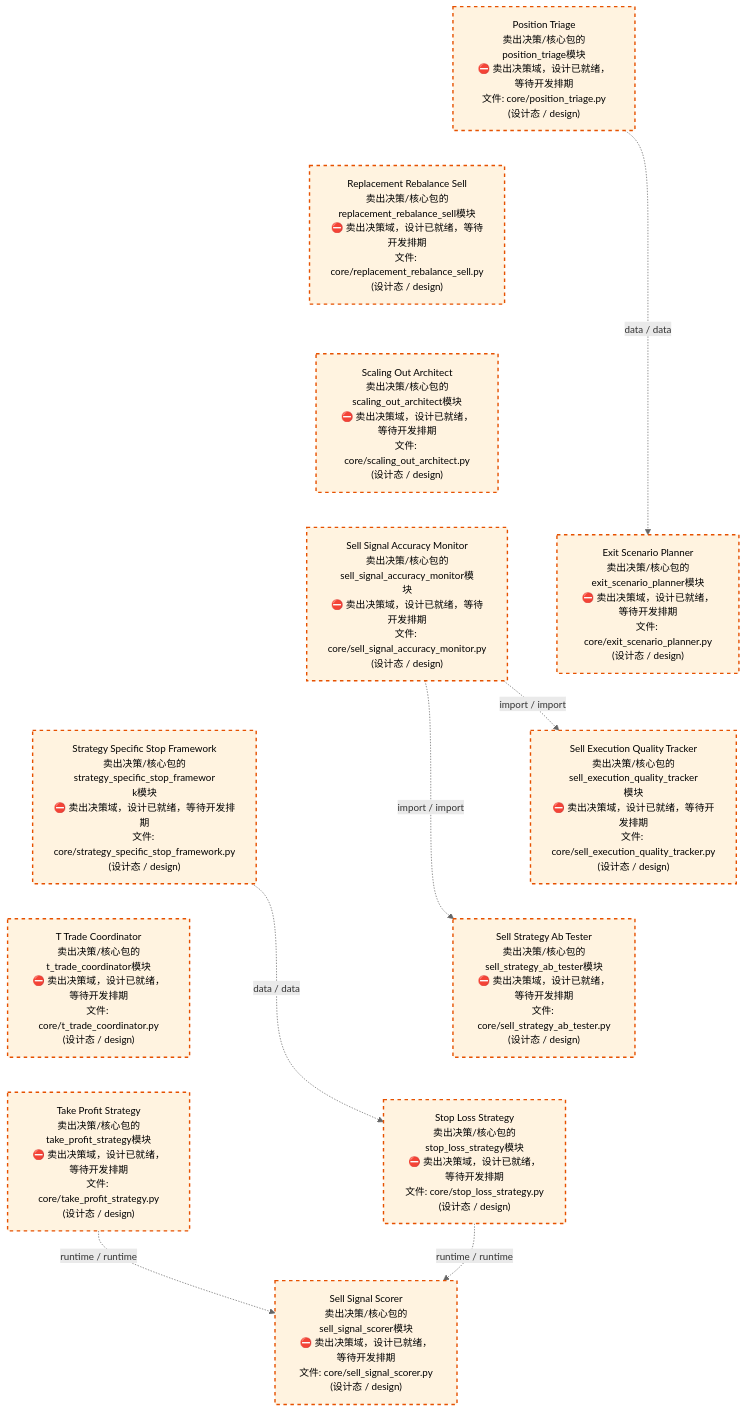
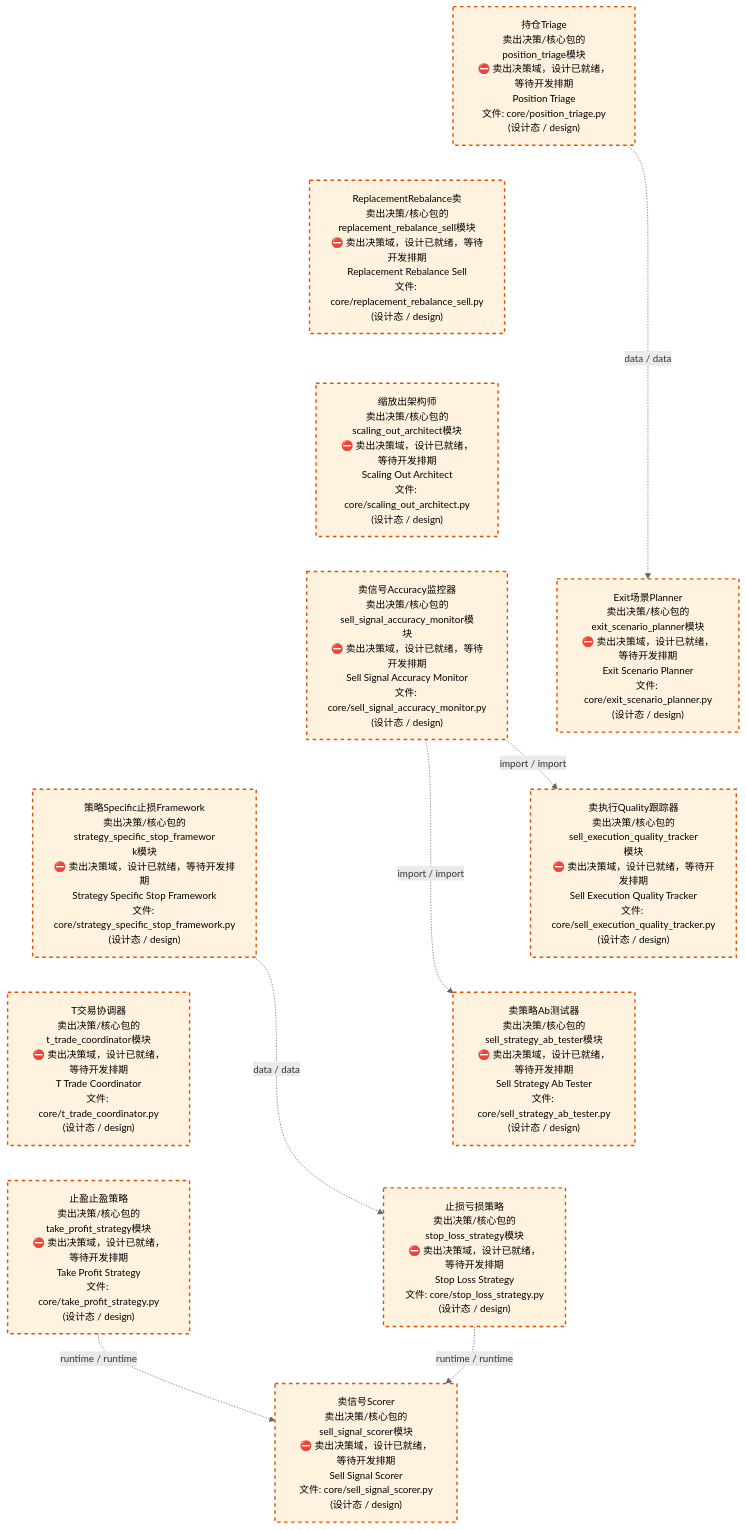
Before and after one commit to xuanFelixVan/ZephyrAlpha: the third of 4 diagrams in docs/02_enterprise_architecture/02_domain_architecture_docs/67_d_sell_decision.md, drawn with Mermaid. The commit also changed other lines of this file and 52 other files, not shown here.

````diff
--- a/docs/02_enterprise_architecture/02_domain_architecture_docs/67_d_sell_decision.md
+++ b/docs/02_enterprise_architecture/02_domain_architecture_docs/67_d_sell_decision.md
@@ -194,36 +194,36 @@
 ```mermaid
 %%{init: {'theme': 'base', 'themeVariables': {'primaryColor': '#eaeaea', 'primaryTextColor': '#333333', 'primaryBorderColor': '#666666', 'lineColor': '#666666', 'secondaryColor': '#eaeaea', 'tertiaryColor': '#eaeaea', 'fontSize': '14px'}}}%%
 flowchart TD
-    src_zephyr_sell_decision_core_position_triage_py["Position Triage<br/>卖出决策/核心包的position_triage模块<br/>⛔ 卖出决策域，设计已就绪，等待开发排期<br/>文件: core/position_triage.py<br/>(设计态 / design)"]
-    src_zephyr_sell_decision_core_replacement_rebalance_sell_py["Replacement Rebalance Sell<br/>卖出决策/核心包的replacement_rebalance_sell模块<br/>⛔ 卖出决策域，设计已就绪，等待开发排期<br/>文件: core/replacement_rebalance_sell.py<br/>(设计态 / design)"]
-    src_zephyr_sell_decision_core_scaling_out_architect_py["Scaling Out Architect<br/>卖出决策/核心包的scaling_out_architect模块<br/>⛔ 卖出决策域，设计已就绪，等待开发排期<br/>文件: core/scaling_out_architect.py<br/>(设计态 / design)"]
-    src_zephyr_sell_decision_core_sell_signal_accuracy_monitor_py["Sell Signal Accuracy Monitor<br/>卖出决策/核心包的sell_signal_accuracy_monitor模<br/>块<br/>⛔ 卖出决策域，设计已就绪，等待开发排期<br/>文件: core/sell_signal_accuracy_monitor.py<br/>(设计态 / design)"]
-    src_zephyr_sell_decision_core_strategy_specific_stop_framework_py["Strategy Specific Stop Framework<br/>卖出决策/核心包的strategy_specific_stop_framewor<br/>k模块<br/>⛔ 卖出决策域，设计已就绪，等待开发排期<br/>文件: core/strategy_specific_stop_framework.py<br/>(设计态 / design)"]
-    src_zephyr_sell_decision_core_t_trade_coordinator_py["T Trade Coordinator<br/>卖出决策/核心包的t_trade_coordinator模块<br/>⛔ 卖出决策域，设计已就绪，等待开发排期<br/>文件: core/t_trade_coordinator.py<br/>(设计态 / design)"]
-    src_zephyr_sell_decision_core_take_profit_strategy_py["Take Profit Strategy<br/>卖出决策/核心包的take_profit_strategy模块<br/>⛔ 卖出决策域，设计已就绪，等待开发排期<br/>文件: core/take_profit_strategy.py<br/>(设计态 / design)"]
+    src_zephyr_sell_decision_core_position_triage_py["持仓Triage<br/>卖出决策/核心包的position_triage模块<br/>⛔ 卖出决策域，设计已就绪，等待开发排期<br/>Position Triage<br/>文件: core/position_triage.py<br/>(设计态 / design)"]
+    src_zephyr_sell_decision_core_replacement_rebalance_sell_py["ReplacementRebalance卖<br/>卖出决策/核心包的replacement_rebalance_sell模块<br/>⛔ 卖出决策域，设计已就绪，等待开发排期<br/>Replacement Rebalance Sell<br/>文件: core/replacement_rebalance_sell.py<br/>(设计态 / design)"]
+    src_zephyr_sell_decision_core_scaling_out_architect_py["缩放出架构师<br/>卖出决策/核心包的scaling_out_architect模块<br/>⛔ 卖出决策域，设计已就绪，等待开发排期<br/>Scaling Out Architect<br/>文件: core/scaling_out_architect.py<br/>(设计态 / design)"]
+    src_zephyr_sell_decision_core_sell_signal_accuracy_monitor_py["卖信号Accuracy监控器<br/>卖出决策/核心包的sell_signal_accuracy_monitor模<br/>块<br/>⛔ 卖出决策域，设计已就绪，等待开发排期<br/>Sell Signal Accuracy Monitor<br/>文件: core/sell_signal_accuracy_monitor.py<br/>(设计态 / design)"]
+    src_zephyr_sell_decision_core_strategy_specific_stop_framework_py["策略Specific止损Framework<br/>卖出决策/核心包的strategy_specific_stop_framewor<br/>k模块<br/>⛔ 卖出决策域，设计已就绪，等待开发排期<br/>Strategy Specific Stop Framework<br/>文件: core/strategy_specific_stop_framework.py<br/>(设计态 / design)"]
+    src_zephyr_sell_decision_core_t_trade_coordinator_py["T交易协调器<br/>卖出决策/核心包的t_trade_coordinator模块<br/>⛔ 卖出决策域，设计已就绪，等待开发排期<br/>T Trade Coordinator<br/>文件: core/t_trade_coordinator.py<br/>(设计态 / design)"]
+    src_zephyr_sell_decision_core_take_profit_strategy_py["止盈止盈策略<br/>卖出决策/核心包的take_profit_strategy模块<br/>⛔ 卖出决策域，设计已就绪，等待开发排期<br/>Take Profit Strategy<br/>文件: core/take_profit_strategy.py<br/>(设计态 / design)"]
     src_zephyr_sell_decision_core_position_triage_py ~~~ src_zephyr_sell_decision_core_replacement_rebalance_sell_py
     src_zephyr_sell_decision_core_replacement_rebalance_sell_py ~~~ src_zephyr_sell_decision_core_scaling_out_architect_py
     src_zephyr_sell_decision_core_scaling_out_architect_py ~~~ src_zephyr_sell_decision_core_sell_signal_accuracy_monitor_py
     src_zephyr_sell_decision_core_sell_signal_accuracy_monitor_py ~~~ src_zephyr_sell_decision_core_strategy_specific_stop_framework_py
     src_zephyr_sell_decision_core_strategy_specific_stop_framework_py ~~~ src_zephyr_sell_decision_core_t_trade_coordinator_py
     src_zephyr_sell_decision_core_t_trade_coordinator_py ~~~ src_zephyr_sell_decision_core_take_profit_strategy_py
-    src_zephyr_sell_decision_core_exit_scenario_planner_py["Exit Scenario Planner<br/>卖出决策/核心包的exit_scenario_planner模块<br/>⛔ 卖出决策域，设计已就绪，等待开发排期<br/>文件: core/exit_scenario_planner.py<br/>(设计态 / design)"]
-    src_zephyr_sell_decision_core_sell_execution_quality_tracker_py["Sell Execution Quality Tracker<br/>卖出决策/核心包的sell_execution_quality_tracker<br/>模块<br/>⛔ 卖出决策域，设计已就绪，等待开发排期<br/>文件: core/sell_execution_quality_tracker.py<br/>(设计态 / design)"]
-    src_zephyr_sell_decision_core_sell_strategy_ab_tester_py["Sell Strategy Ab Tester<br/>卖出决策/核心包的sell_strategy_ab_tester模块<br/>⛔ 卖出决策域，设计已就绪，等待开发排期<br/>文件: core/sell_strategy_ab_tester.py<br/>(设计态 / design)"]
-    src_zephyr_sell_decision_core_stop_loss_strategy_py["Stop Loss Strategy<br/>卖出决策/核心包的stop_loss_strategy模块<br/>⛔ 卖出决策域，设计已就绪，等待开发排期<br/>文件: core/stop_loss_strategy.py<br/>(设计态 / design)"]
+    src_zephyr_sell_decision_core_exit_scenario_planner_py["Exit场景Planner<br/>卖出决策/核心包的exit_scenario_planner模块<br/>⛔ 卖出决策域，设计已就绪，等待开发排期<br/>Exit Scenario Planner<br/>文件: core/exit_scenario_planner.py<br/>(设计态 / design)"]
+    src_zephyr_sell_decision_core_sell_execution_quality_tracker_py["卖执行Quality跟踪器<br/>卖出决策/核心包的sell_execution_quality_tracker<br/>模块<br/>⛔ 卖出决策域，设计已就绪，等待开发排期<br/>Sell Execution Quality Tracker<br/>文件: core/sell_execution_quality_tracker.py<br/>(设计态 / design)"]
+    src_zephyr_sell_decision_core_sell_strategy_ab_tester_py["卖策略Ab测试器<br/>卖出决策/核心包的sell_strategy_ab_tester模块<br/>⛔ 卖出决策域，设计已就绪，等待开发排期<br/>Sell Strategy Ab Tester<br/>文件: core/sell_strategy_ab_tester.py<br/>(设计态 / design)"]
+    src_zephyr_sell_decision_core_stop_loss_strategy_py["止损亏损策略<br/>卖出决策/核心包的stop_loss_strategy模块<br/>⛔ 卖出决策域，设计已就绪，等待开发排期<br/>Stop Loss Strategy<br/>文件: core/stop_loss_strategy.py<br/>(设计态 / design)"]
     src_zephyr_sell_decision_core_exit_scenario_planner_py ~~~ src_zephyr_sell_decision_core_sell_execution_quality_tracker_py
     src_zephyr_sell_decision_core_sell_execution_quality_tracker_py ~~~ src_zephyr_sell_decision_core_sell_strategy_ab_tester_py
     src_zephyr_sell_decision_core_sell_strategy_ab_tester_py ~~~ src_zephyr_sell_decision_core_stop_loss_strategy_py
-    src_zephyr_sell_decision_core_sell_signal_scorer_py["Sell Signal Scorer<br/>卖出决策/核心包的sell_signal_scorer模块<br/>⛔ 卖出决策域，设计已就绪，等待开发排期<br/>文件: core/sell_signal_scorer.py<br/>(设计态 / design)"]
+    src_zephyr_sell_decision_core_sell_signal_scorer_py["卖信号Scorer<br/>卖出决策/核心包的sell_signal_scorer模块<br/>⛔ 卖出决策域，设计已就绪，等待开发排期<br/>Sell Signal Scorer<br/>文件: core/sell_signal_scorer.py<br/>(设计态 / design)"]
     src_zephyr_sell_decision_core_position_triage_py -.->|data / data| src_zephyr_sell_decision_core_exit_scenario_planner_py
     src_zephyr_sell_decision_core_take_profit_strategy_py -.->|runtime / runtime| src_zephyr_sell_decision_core_sell_signal_scorer_py
     src_zephyr_sell_decision_core_stop_loss_strategy_py -.->|runtime / runtime| src_zephyr_sell_decision_core_sell_signal_scorer_py
     src_zephyr_sell_decision_core_strategy_specific_stop_framework_py -.->|data / data| src_zephyr_sell_decision_core_stop_loss_strategy_py
     src_zephyr_sell_decision_core_sell_signal_accuracy_monitor_py -.->|import / import| src_zephyr_sell_decision_core_sell_strategy_ab_tester_py
     src_zephyr_sell_decision_core_sell_signal_accuracy_monitor_py -.->|import / import| src_zephyr_sell_decision_core_sell_execution_quality_tracker_py
     classDef production fill:#e1f5fe,stroke:#01579b,stroke-width:2px,color:#000
     classDef design fill:#fff3e0,stroke:#e65100,stroke-width:2px,color:#000,stroke-dasharray: 5 5
     classDef external_prod fill:#e8f4fd,stroke:#0277bd,stroke-width:1px,color:#000
     classDef external_design fill:#fff8e7,stroke:#ef6c00,stroke-width:1px,color:#000,stroke-dasharray: 5 5
     class src_zephyr_sell_decision_core_exit_scenario_planner_py,src_zephyr_sell_decision_core_position_triage_py,src_zephyr_sell_decision_core_replacement_rebalance_sell_py,src_zephyr_sell_decision_core_scaling_out_architect_py,src_zephyr_sell_decision_core_sell_execution_quality_tracker_py,src_zephyr_sell_decision_core_sell_signal_accuracy_monitor_py,src_zephyr_sell_decision_core_sell_signal_scorer_py,src_zephyr_sell_decision_core_sell_strategy_ab_tester_py,src_zephyr_sell_decision_core_stop_loss_strategy_py,src_zephyr_sell_decision_core_strategy_specific_stop_framework_py,src_zephyr_sell_decision_core_t_trade_coordinator_py,src_zephyr_sell_decision_core_take_profit_strategy_py design
 ```
````
